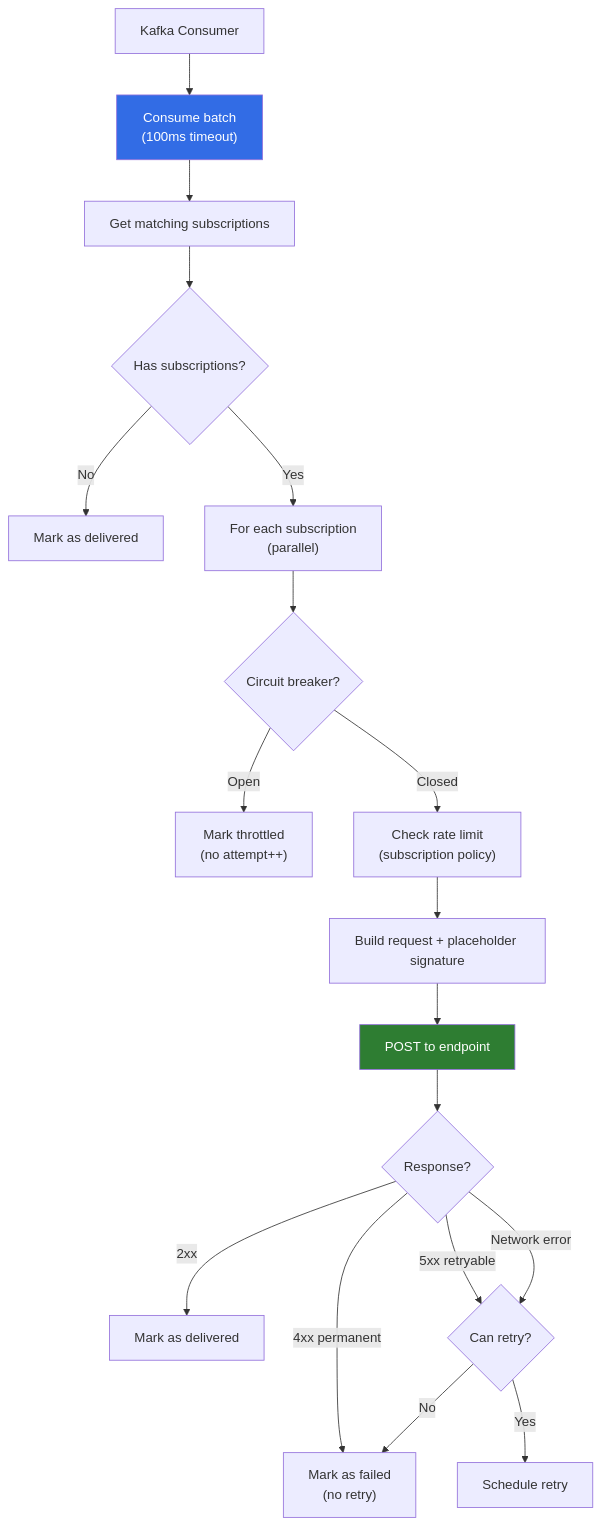
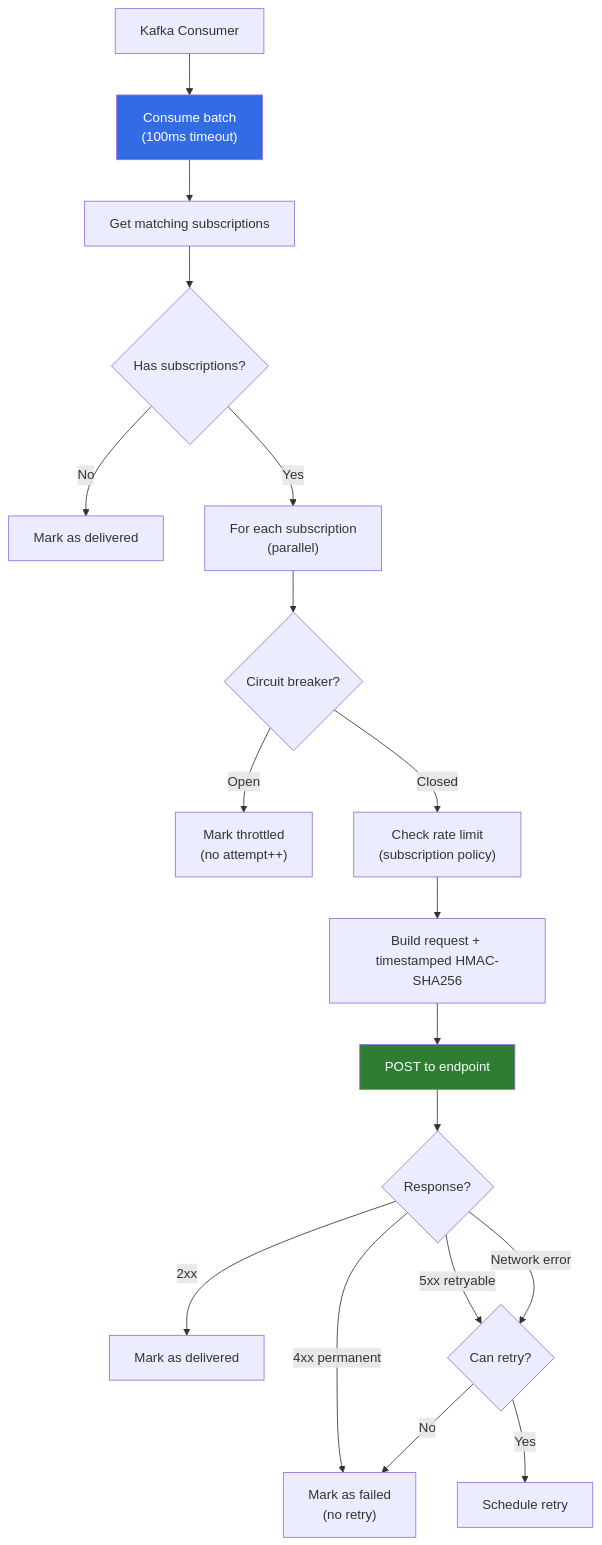
The ninth of 13 diagrams in docs/architecture.md (felipepmaragno/webhook-service), drawn with Mermaid before and after one commit. The commit also changed other lines of this file and 18 other files, not shown here.

````diff
--- a/docs/architecture.md
+++ b/docs/architecture.md
@@ -410,28 +411,28 @@
 ```mermaid
 flowchart TD
     A["Kafka Consumer"] --> B["Consume batch<br/>(100ms timeout)"]
     B --> C["Get matching subscriptions"]
     C --> D{"Has subscriptions?"}
     
     D -->|No| E["Mark as delivered"]
     D -->|Yes| F["For each subscription<br/>(parallel)"]
     
     F --> G{"Circuit breaker?"}
     G -->|Open| H["Mark throttled<br/>(no attempt++)"]
     G -->|Closed| I["Check rate limit<br/>(subscription policy)"]
     
-    I --> J["Build request + placeholder signature"]
+    I --> J["Build request + timestamped HMAC-SHA256"]
     J --> K["POST to endpoint"]
     
     K --> L{"Response?"}
     L -->|2xx| M["Mark as delivered"]
     L -->|4xx permanent| P["Mark as failed<br/>(no retry)"]
     L -->|5xx retryable| N{"Can retry?"}
     L -->|Network error| N
     
     N -->|Yes| O["Schedule retry"]
     N -->|No| P
     
     style B fill:#326ce5,color:#fff
     style K fill:#2e7d32,color:#fff
 ```
````
